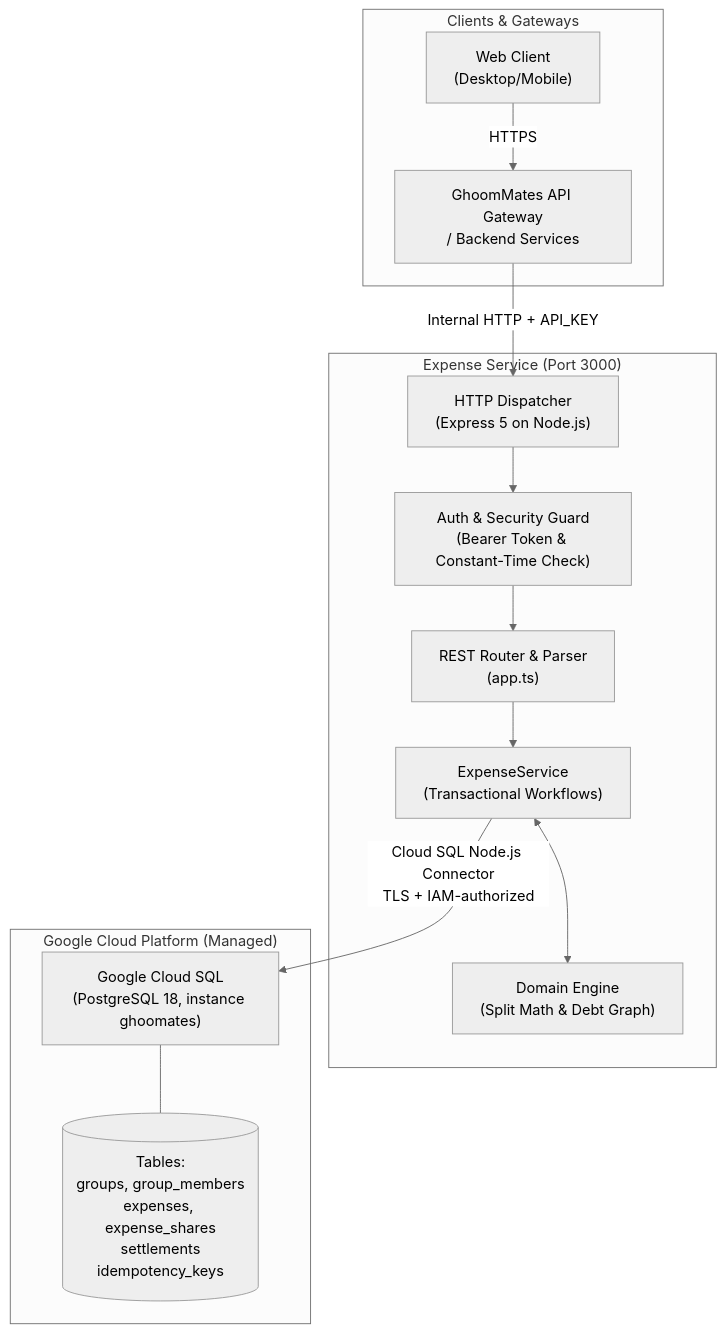
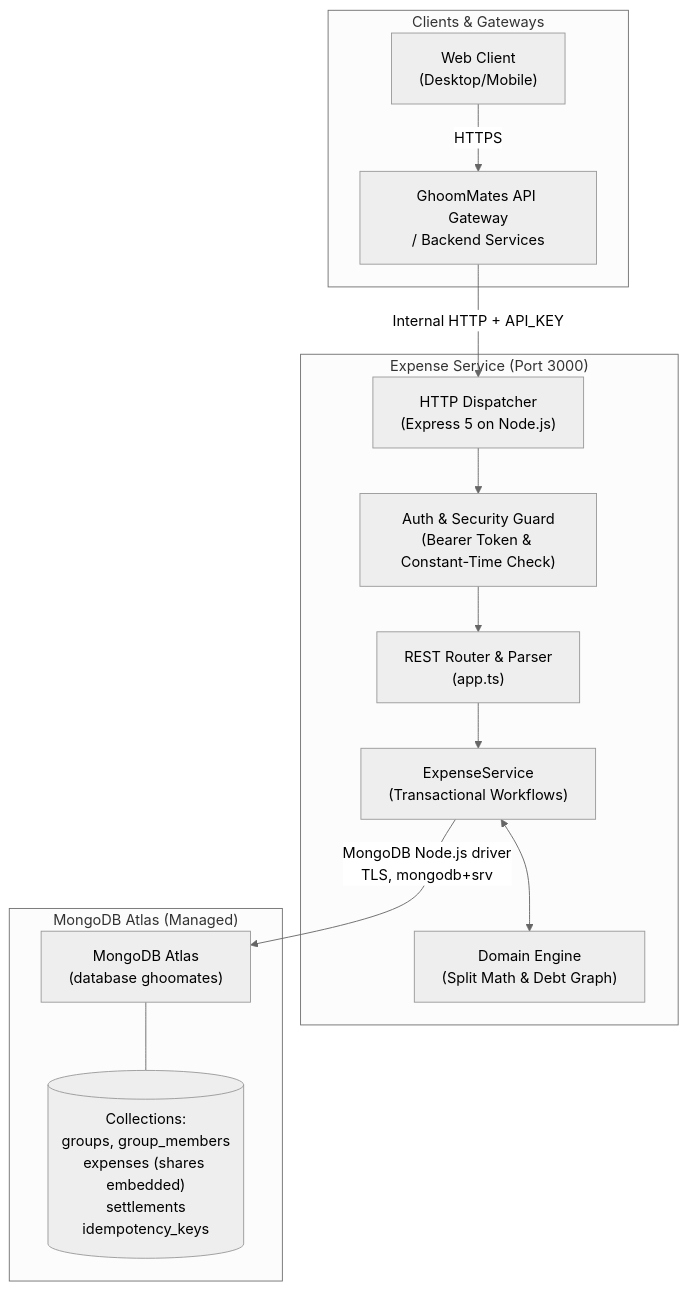
One commit to sourabhbagrecha/ghoomMates changed the first of 3 diagrams in backend/docs/expenses-architecture.md. Above: the diagram before and after it, drawn with Mermaid (neutral theme). The commit also changed other lines of this file and 108 other files, not shown here.

First line of the commit message:
feat: move the database from Cloud SQL Postgres to MongoDB Atlas

````diff
--- a/backend/docs/expenses-architecture.md
+++ b/backend/docs/expenses-architecture.md
@@ -23,29 +23,29 @@
 ```mermaid
 flowchart TD
     subgraph Clients["Clients & Gateways"]
         Web["Web Client\n(Desktop/Mobile)"]
         Gateway["GhoomMates API Gateway\n/ Backend Services"]
     end
 
     subgraph Service["Expense Service (Port 3000)"]
         HTTP["HTTP Dispatcher\n(Express 5 on Node.js)"]
         Auth["Auth & Security Guard\n(Bearer Token & Constant-Time Check)"]
         Router["REST Router & Parser\n(app.ts)"]
         Domain["Domain Engine\n(Split Math & Debt Graph)"]
         ServiceLayer["ExpenseService\n(Transactional Workflows)"]
     end
 
-    subgraph Storage["Google Cloud Platform (Managed)"]
-        CloudSQL["Google Cloud SQL\n(PostgreSQL 18, instance ghoomates)"]
-        Tables[("Tables:\ngroups, group_members\nexpenses, expense_shares\nsettlements\nidempotency_keys")]
+    subgraph Storage["MongoDB Atlas (Managed)"]
+        Atlas["MongoDB Atlas\n(database ghoomates)"]
+        Collections[("Collections:\ngroups, group_members\nexpenses (shares embedded)\nsettlements\nidempotency_keys")]
     end
 
     Web -->|HTTPS| Gateway
     Gateway -->|Internal HTTP + API_KEY| HTTP
     HTTP --> Auth
     Auth --> Router
     Router --> ServiceLayer
     ServiceLayer <--> Domain
-    ServiceLayer -->|Cloud SQL Node.js Connector\nTLS + IAM-authorized| CloudSQL
-    CloudSQL --- Tables
+    ServiceLayer -->|MongoDB Node.js driver\nTLS, mongodb+srv| Atlas
+    Atlas --- Collections
 ```
````
